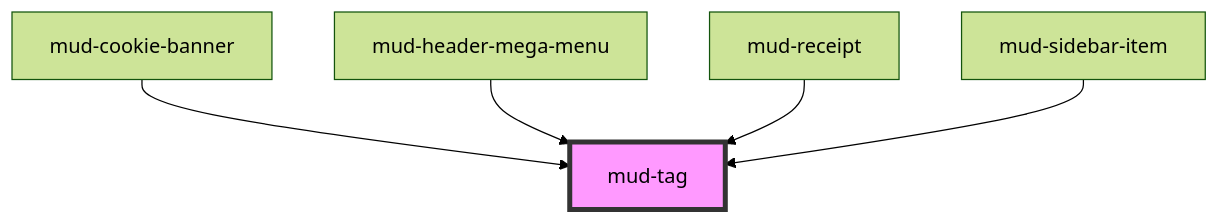
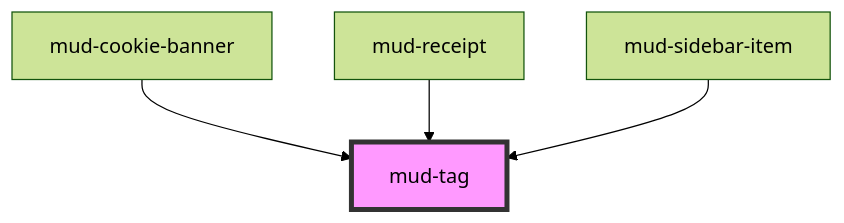
One commit to egov-moldova/design-system changed the diagram in src/components/mud-tag/readme.md. Above: the diagram before and after it, drawn with Mermaid (forest theme). The commit also changed other lines of this file and 48 other files, not shown here.

First line of the commit message:
feat!: remove the mud-header and mud-footer organisms

````diff
--- a/src/components/mud-tag/readme.md
+++ b/src/components/mud-tag/readme.md
@@ -68,8 +67,7 @@
 ```mermaid
 graph TD;
   mud-cookie-banner --> mud-tag
-  mud-header-mega-menu --> mud-tag
   mud-receipt --> mud-tag
   mud-sidebar-item --> mud-tag
   style mud-tag fill:#f9f,stroke:#333,stroke-width:4px
 ```
````
